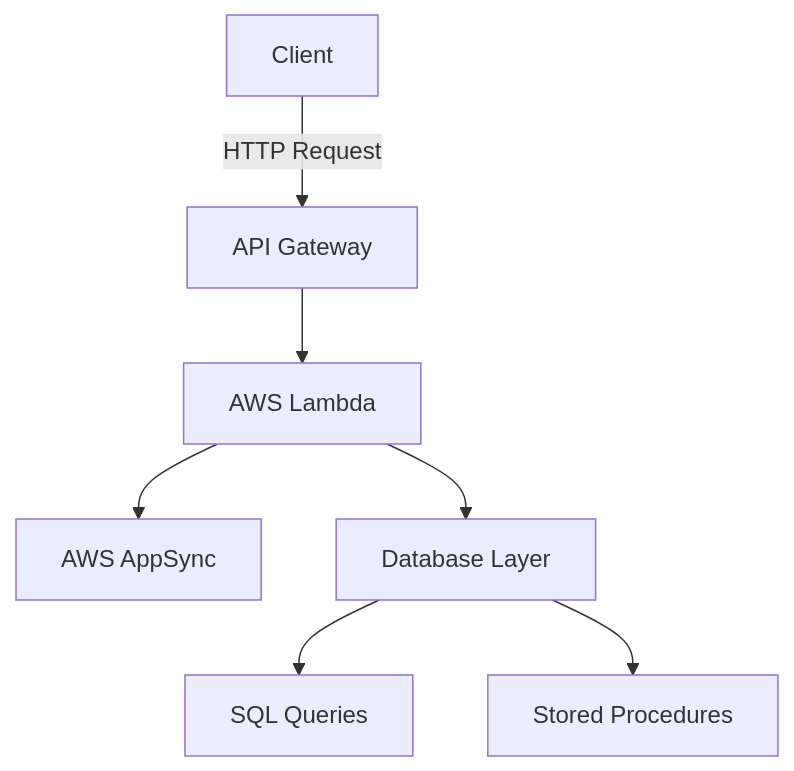
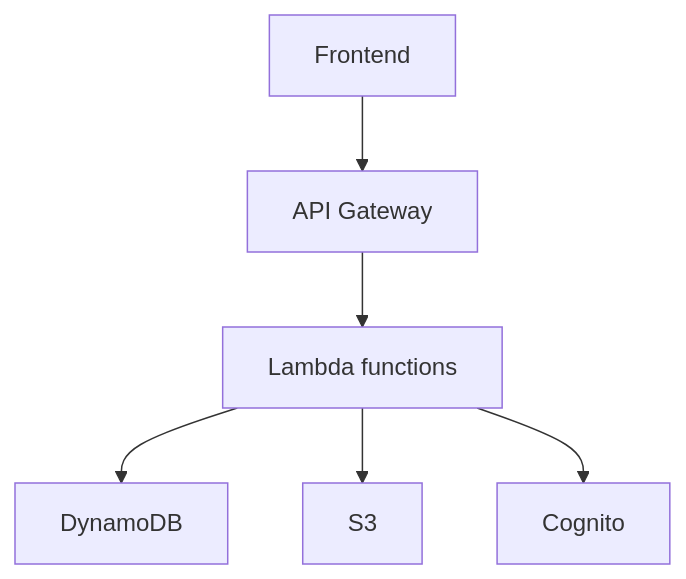
The second of 3 diagrams in README.md (jntf/eval), drawn with Mermaid before and after one commit. The commit also changed other lines of this file, not shown here.

````diff
--- a/README.md
+++ b/README.md
@@ -109,9 +135,8 @@
 ```mermaid
 graph TD;
-    A[Client] -->|HTTP Request| B[API Gateway]
-    B --> C[AWS Lambda]
-    C --> D[AWS AppSync]
-    C --> E[Database Layer]
-    E --> F[SQL Queries]
-    E --> G[Stored Procedures]
+    A[Frontend] --> B[API Gateway];
+    B --> C[Lambda functions];
+    C --> D[DynamoDB];
+    C --> E[S3];
+    C --> F[Cognito];
 ```
````
